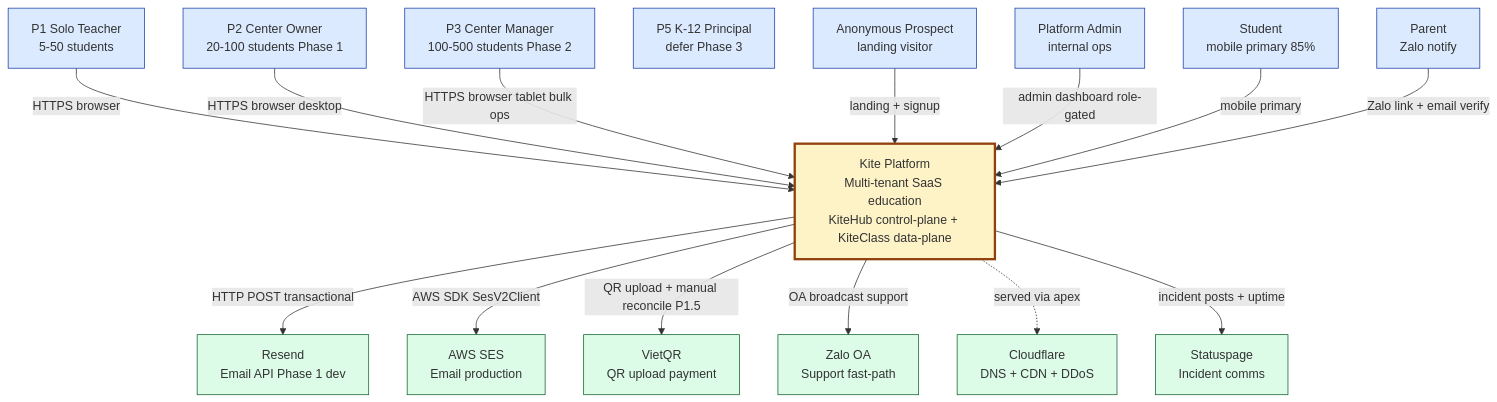
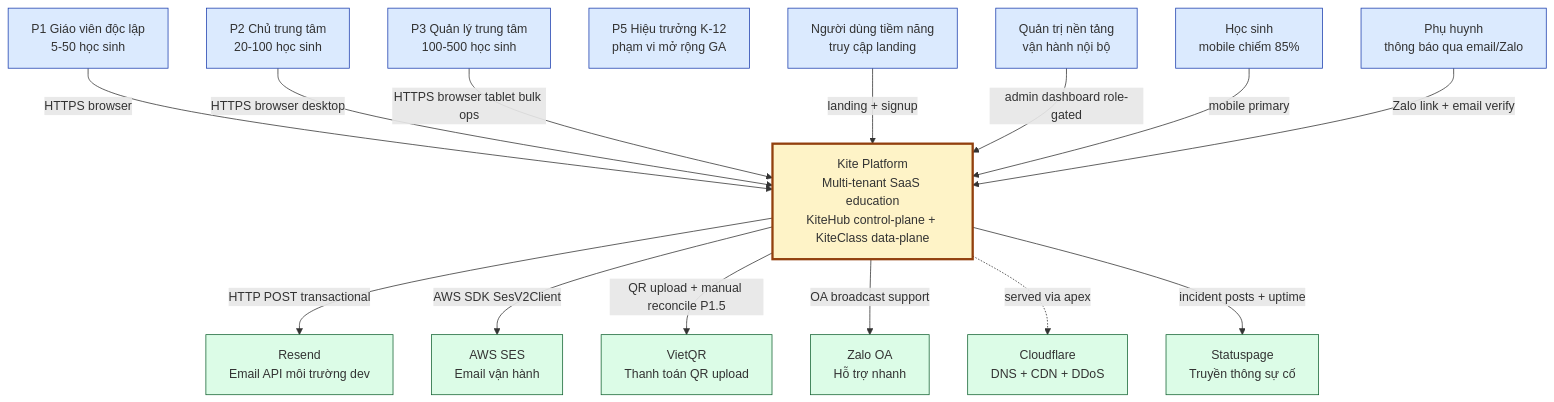
One commit to VictorAurelius/2026-Kite-Class-Platform changed the first of 5 diagrams in documents/08-thesis/chapter-2-system-architecture.md. Above: the diagram before and after it, drawn with Mermaid. The commit also changed other lines of this file and 13 other files, not shown here.

````diff
--- a/documents/08-thesis/chapter-2-system-architecture.md
+++ b/documents/08-thesis/chapter-2-system-architecture.md
@@ -191,42 +173,42 @@
 ```mermaid
 flowchart TB
-    P1[P1 Solo Teacher<br/>5-50 students]
-    P2[P2 Center Owner<br/>20-100 students Phase 1]
-    P3[P3 Center Manager<br/>100-500 students Phase 2]
-    P5[P5 K-12 Principal<br/>defer Phase 3]
-    Vy[Anonymous Prospect<br/>landing visitor]
-    Admin[Platform Admin<br/>internal ops]
-    Student[Student<br/>mobile primary 85%]
-    Parent[Parent<br/>Zalo notify]
+    P1[P1 Giáo viên độc lập<br/>5-50 học sinh]
+    P2[P2 Chủ trung tâm<br/>20-100 học sinh]
+    P3[P3 Quản lý trung tâm<br/>100-500 học sinh]
+    P5[P5 Hiệu trưởng K-12<br/>phạm vi mở rộng GA]
+    Vy[Người dùng tiềm năng<br/>truy cập landing]
+    Admin[Quản trị nền tảng<br/>vận hành nội bộ]
+    Student[Học sinh<br/>mobile chiếm 85%]
+    Parent[Phụ huynh<br/>thông báo qua email/Zalo]
 
     Kite[Kite Platform<br/>Multi-tenant SaaS education<br/>KiteHub control-plane + KiteClass data-plane]
 
-    Resend[Resend<br/>Email API Phase 1 dev]
-    SES[AWS SES<br/>Email production]
-    VietQR[VietQR<br/>QR upload payment]
-    Zalo[Zalo OA<br/>Support fast-path]
+    Resend[Resend<br/>Email API môi trường dev]
+    SES[AWS SES<br/>Email vận hành]
+    VietQR[VietQR<br/>Thanh toán QR upload]
+    Zalo[Zalo OA<br/>Hỗ trợ nhanh]
     CF[Cloudflare<br/>DNS + CDN + DDoS]
-    Status[Statuspage<br/>Incident comms]
+    Status[Statuspage<br/>Truyền thông sự cố]
 
     P1 -->|HTTPS browser| Kite
     P2 -->|HTTPS browser desktop| Kite
     P3 -->|HTTPS browser tablet bulk ops| Kite
     Vy -->|landing + signup| Kite
     Admin -->|admin dashboard role-gated| Kite
     Student -->|mobile primary| Kite
     Parent -->|Zalo link + email verify| Kite
 
     Kite -->|HTTP POST transactional| Resend
     Kite -->|AWS SDK SesV2Client| SES
     Kite -->|QR upload + manual reconcile P1.5| VietQR
     Kite -->|OA broadcast support| Zalo
     Kite -.->|served via apex| CF
     Kite -->|incident posts + uptime| Status
 
     classDef actor fill:#dbeafe,stroke:#1e40af
     classDef system fill:#fef3c7,stroke:#92400e,stroke-width:3px
     classDef external fill:#dcfce7,stroke:#166534
     class P1,P2,P3,P5,Vy,Admin,Student,Parent actor
     class Kite system
     class Resend,SES,VietQR,Zalo,CF,Status external
 ```
````
